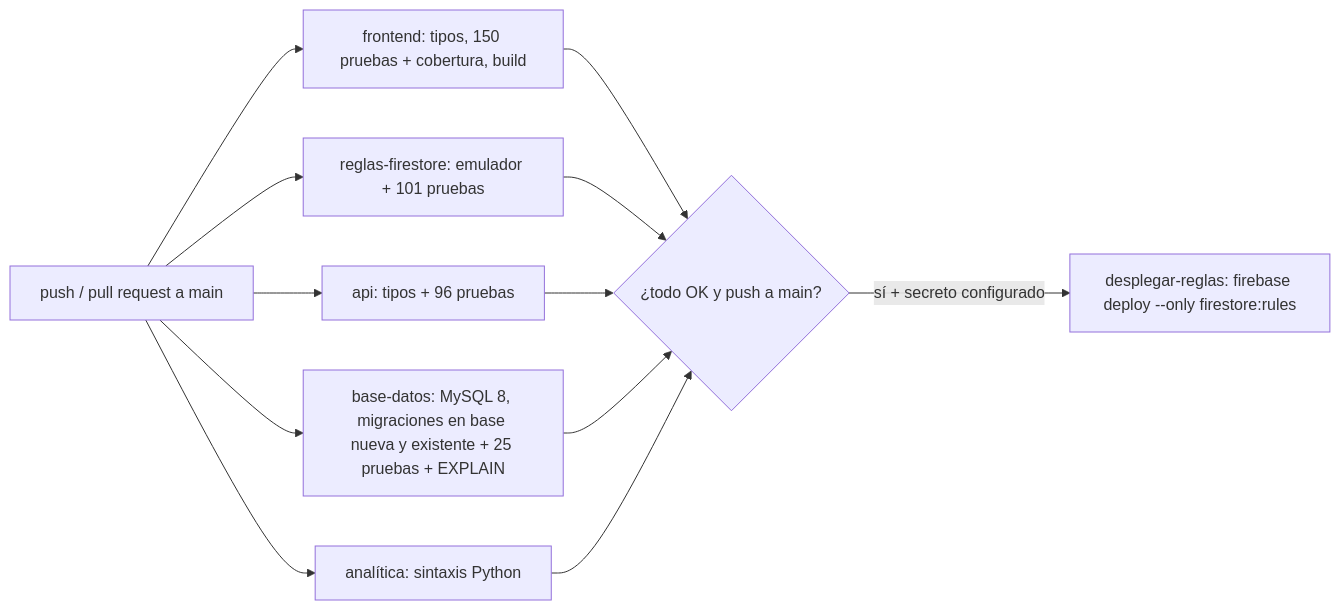
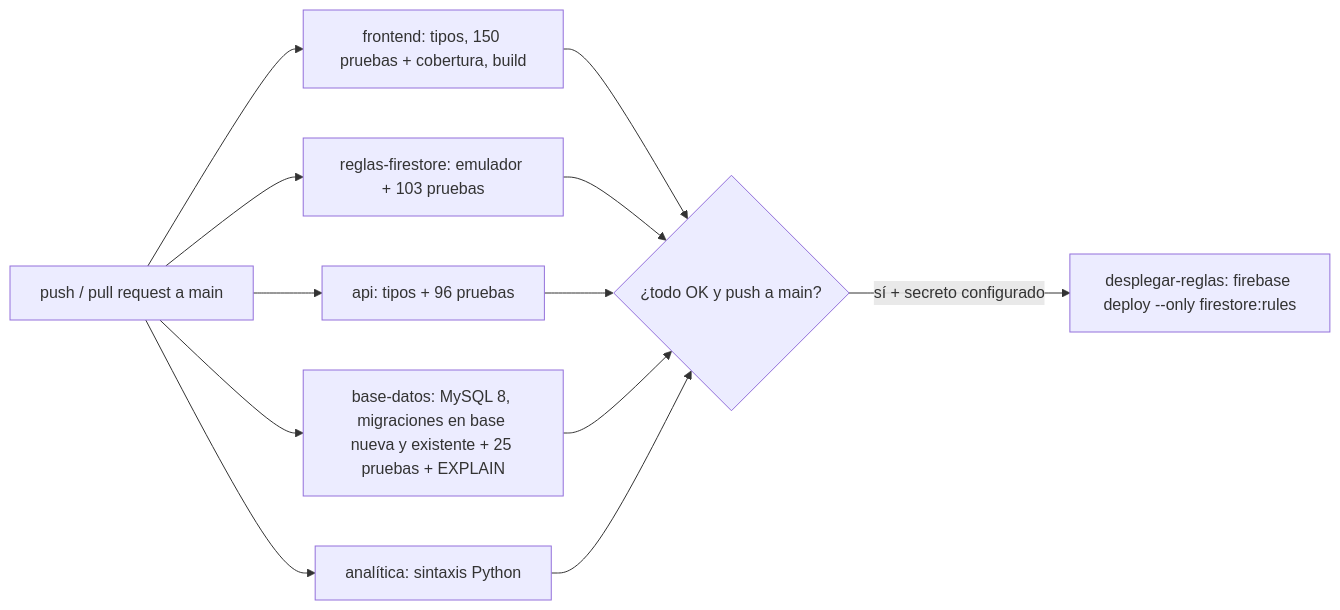
One commit to yucradavid/Perfil-de-egreso-Plataforma-Web-Integral-CERMAT changed the diagram in docs/e4-calidad-operacion-ce024.md. Above: the diagram before and after it, drawn with Mermaid. The commit also changed other lines of this file and 13 other files, not shown here.

````diff
--- a/docs/e4-calidad-operacion-ce024.md
+++ b/docs/e4-calidad-operacion-ce024.md
@@ -188,14 +202,14 @@
 ```mermaid
 flowchart LR
   P["push / pull request a main"] --> F["frontend: tipos, 150 pruebas + cobertura, build"]
-  P --> R["reglas-firestore: emulador + 101 pruebas"]
+  P --> R["reglas-firestore: emulador + 103 pruebas"]
   P --> A["api: tipos + 96 pruebas"]
   P --> B["base-datos: MySQL 8, migraciones en base nueva y existente + 25 pruebas + EXPLAIN"]
   P --> Y["analítica: sintaxis Python"]
   F --> D{"¿todo OK y push a main?"}
   R --> D
   A --> D
   B --> D
   Y --> D
   D -->|"sí + secreto configurado"| G["desplegar-reglas: firebase deploy --only firestore:rules"]
 ```
````
